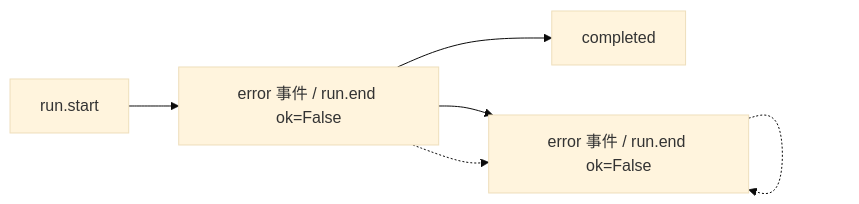
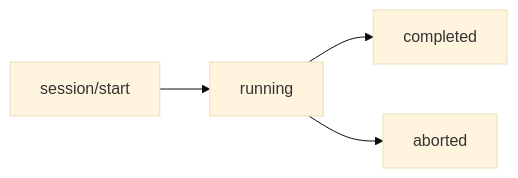
Before and after one commit to Delva0/gh-puller: the second of 2 diagrams in docs/agent-monitor.md, drawn with Mermaid (base theme). The commit also changed other lines of this file and 49 other files, not shown here.

Commit message:
feat(agent): 监控事件模型事件溯源化(dsh 风格 taxonomy + surface 折叠契约)与前端轨迹视图

````diff
--- a/docs/agent-monitor.md
+++ b/docs/agent-monitor.md
@@ -41,8 +39,6 @@
 ```mermaid
 graph LR
-    R[run.start] --> RUN[running]
+    R[session/start] --> RUN[running]
     RUN --> C[completed]
     RUN --> A[aborted]
-    A[error 事件 / run.end ok=False] -.-> A
-    RUN[error 事件 / run.end ok=False] -.-> A
 ```
````
